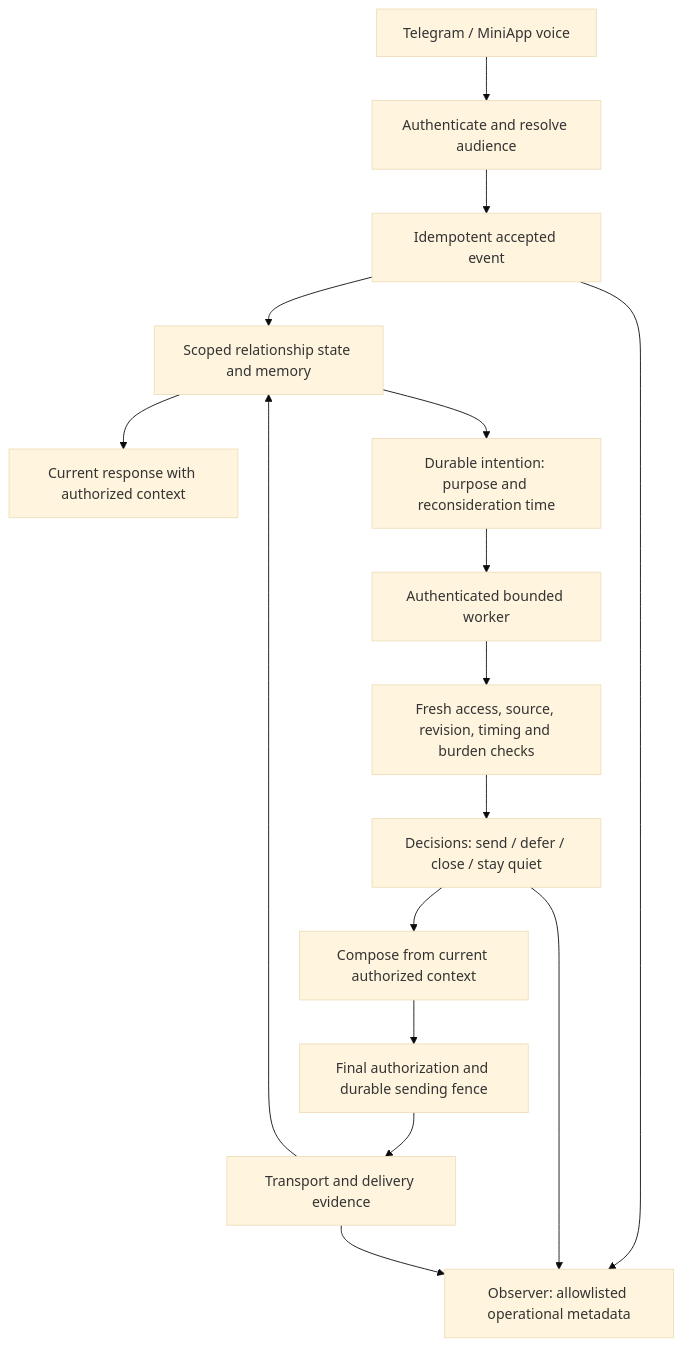
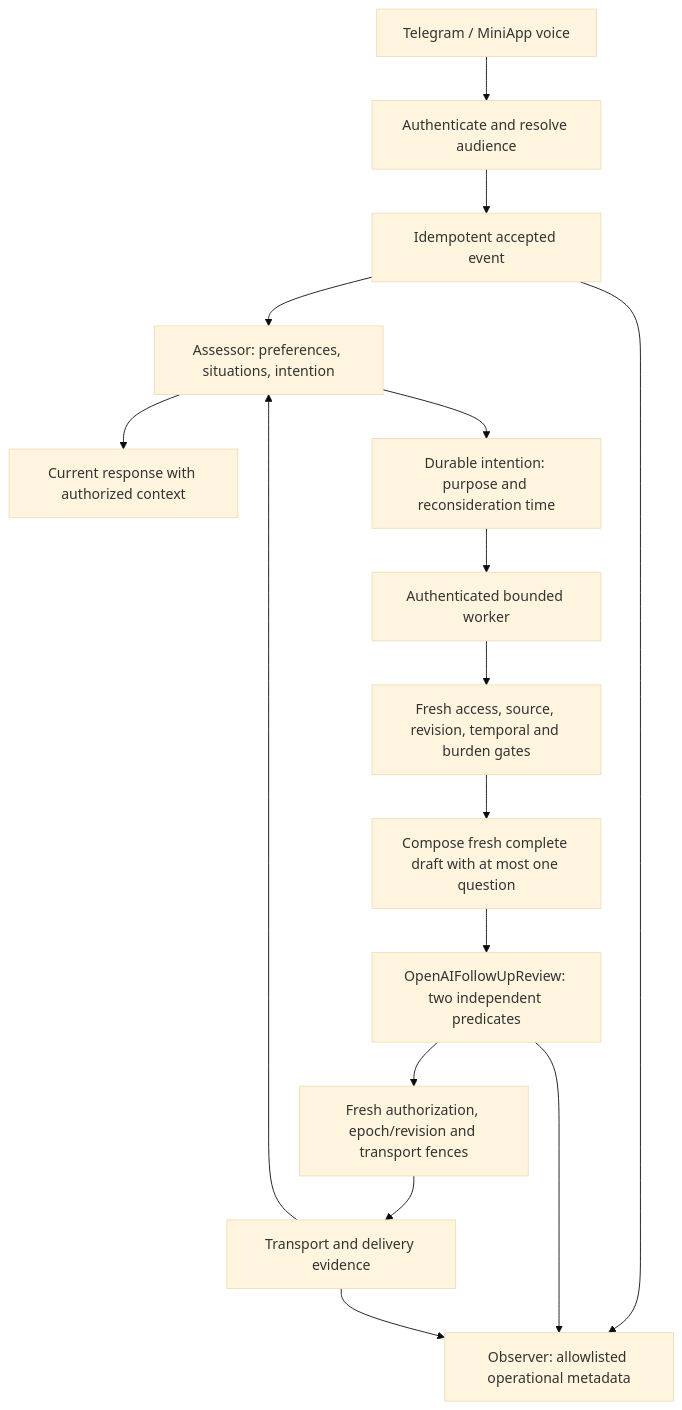
Before and after one commit to mohammadreza87/vox: the diagram in docs/RELATIONSHIP_SYSTEM_PLAN.md, drawn with Mermaid (base theme). The commit also changed other lines of this file and 69 other files, not shown here.

Commit message:
Ground follow-up timing and review exact drafts with linked feedback

````diff
--- a/docs/RELATIONSHIP_SYSTEM_PLAN.md
+++ b/docs/RELATIONSHIP_SYSTEM_PLAN.md
@@ -13,18 +13,18 @@
 ```mermaid
 flowchart TD
   T[Telegram / MiniApp voice] --> A[Authenticate and resolve audience]
   A --> E[Idempotent accepted event]
-  E --> M[Scoped relationship state and memory]
+  E --> M[Assessor: preferences, situations, intention]
   M --> R[Current response with authorized context]
   E --> O[Observer: allowlisted operational metadata]
   M --> I[Durable intention: purpose and reconsideration time]
   I --> W[Authenticated bounded worker]
-  W --> G[Fresh access, source, revision, timing and burden checks]
-  G --> D[Decisions: send / defer / close / stay quiet]
-  D --> C[Compose from current authorized context]
-  C --> F[Final authorization and durable sending fence]
+  W --> G[Fresh access, source, revision, temporal and burden gates]
+  G --> C[Compose fresh complete draft with at most one question]
+  C --> D[OpenAIFollowUpReview: two independent predicates]
+  D --> F[Fresh authorization, epoch/revision and transport fences]
   F --> S[Transport and delivery evidence]
   S --> M
   D --> O
   S --> O
 ```
````
